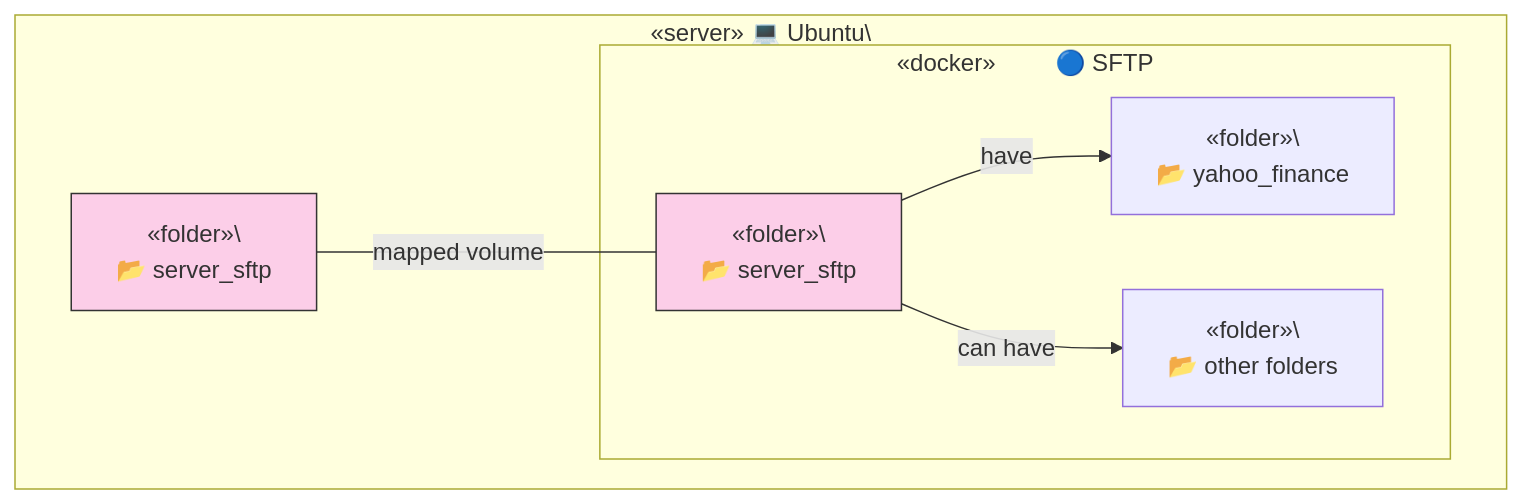
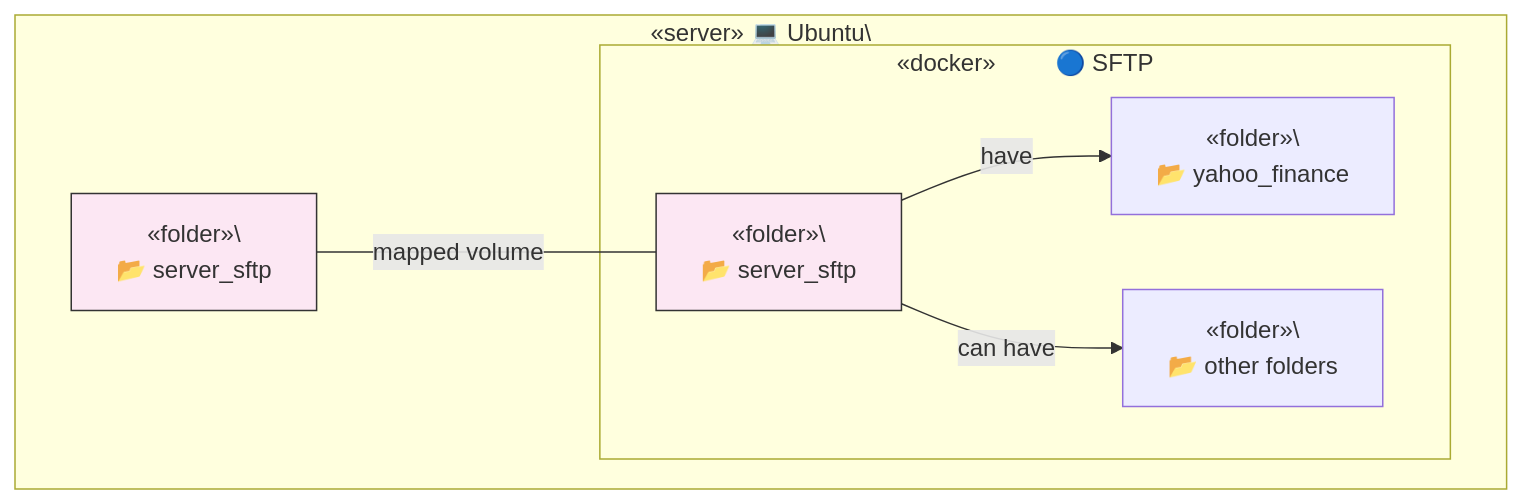
The third of 4 diagrams in server_sftp/README.md (TrulyDigital/DATA_STREET), drawn with Mermaid before and after one commit.

Commit message:
update: server_sftp README.md

````diff
--- a/server_sftp/README.md
+++ b/server_sftp/README.md
@@ -30,21 +30,21 @@
 ```mermaid
 graph TD
     subgraph Container_A [«server» 💻 Ubuntu\<br/>]
         A1[«folder»\<br/> 📂 server_sftp]
         A1:::note_a1
         subgraph Container_B [«docker»&nbsp;&nbsp;&nbsp;&nbsp;&nbsp;&nbsp;&nbsp;&nbsp;&nbsp;🔵 SFTP]
             B1[«folder»\<br/> 📂 server_sftp]
             B1:::note_b1
             B2[«folder»\<br/> 📂 yahoo_finance]
             B3[«folder»\<br/> 📂 other folders]
         end
 
         A1 -- mapped volume --- B1
 
         B1 -- have --> B2
         B1 -- can have --> B3
 
-        classDef note_a1 fill:#fccee8,stroke:#333,stroke-width:1px;
-        classDef note_b1 fill:#fccee8,stroke:#333,stroke-width:1px;
+        classDef note_a1 fill:#fce7f3,stroke:#333,stroke-width:1px;
+        classDef note_b1 fill:#fce7f3,stroke:#333,stroke-width:1px;
     end
 ```
````
